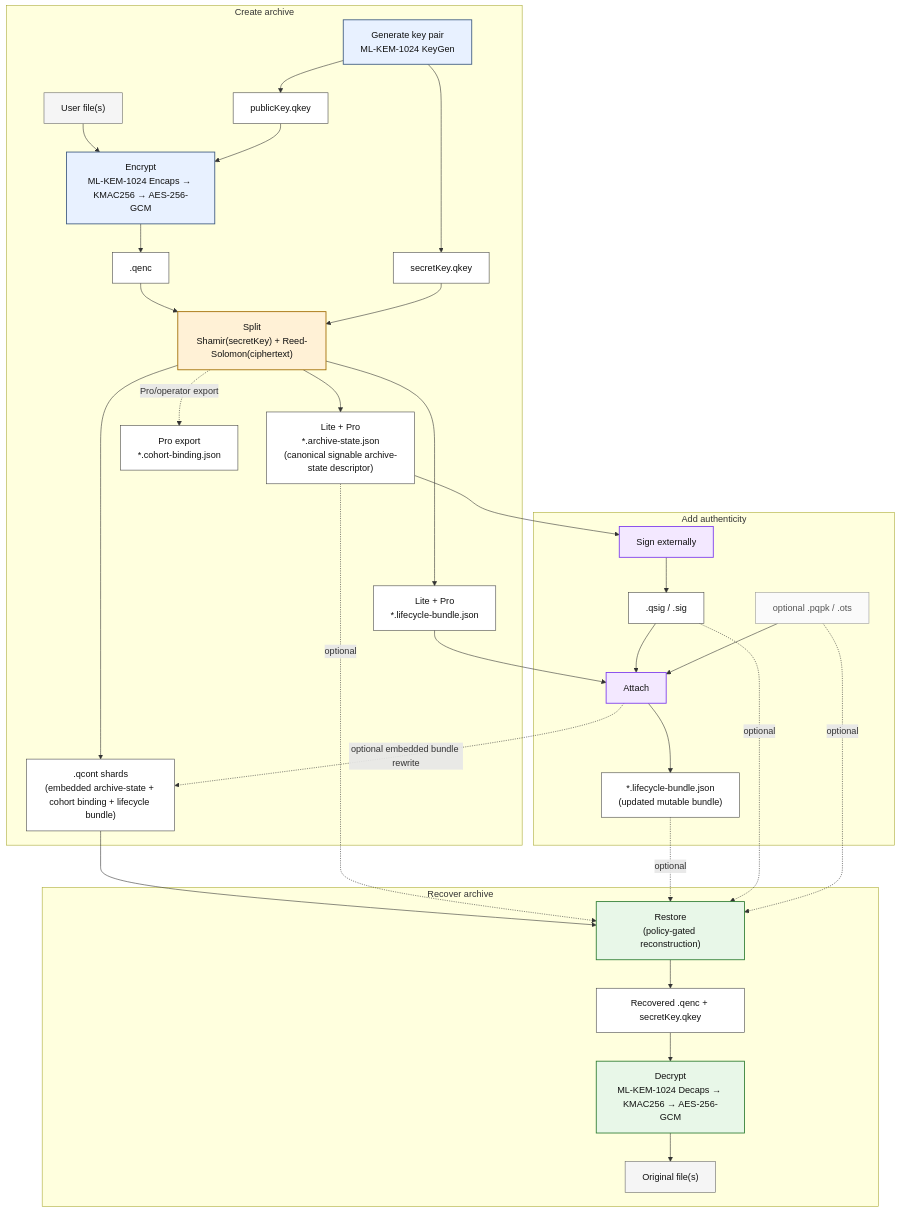
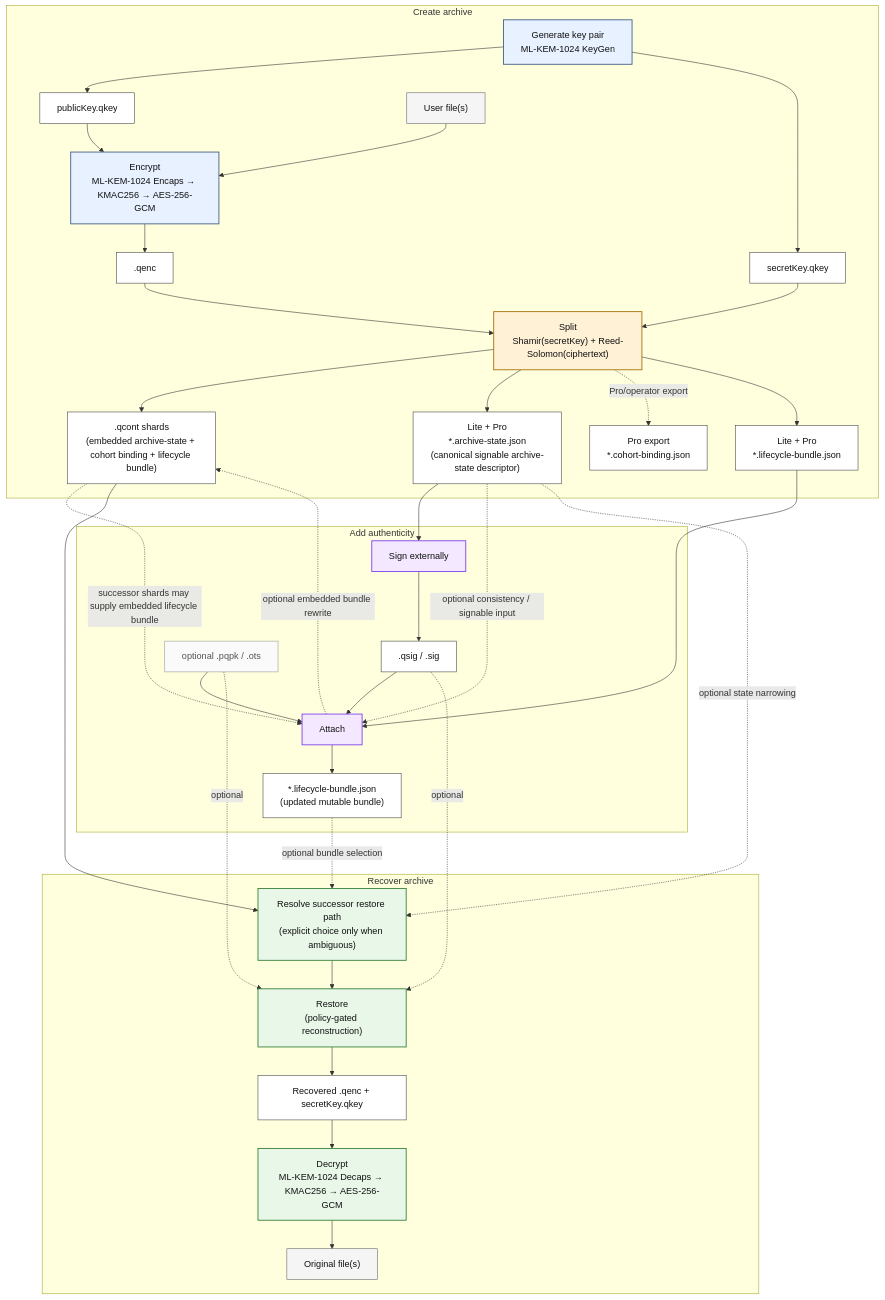
One commit to CyberKiska/quantum-vault changed the diagram in README.md. Above: the diagram before and after it, drawn with Mermaid. The commit also changed other lines of this file and 12 other files, not shown here.

First line of the commit message:
Refactor documentation to emphasize successor lifecycle model

````diff
--- a/README.md
+++ b/README.md
@@ -70,68 +80,72 @@
 ```mermaid
 flowchart TB
     subgraph CREATE["Create archive"]
         G["Generate key pair<br/>ML-KEM-1024 KeyGen"]:::crypto
         PK["publicKey.qkey"]:::artifact
         SK["secretKey.qkey"]:::artifact
         U["User file(s)"]:::input
         E["Encrypt<br/>ML-KEM-1024 Encaps → KMAC256 → AES-256-GCM"]:::crypto
         Q[".qenc"]:::artifact
         S["Split<br/>Shamir(secretKey) + Reed-Solomon(ciphertext)"]:::split
         QC[".qcont shards<br/>(embedded archive-state + cohort binding + lifecycle bundle)"]:::artifact
         AS["Lite + Pro<br/>*.archive-state.json<br/>(canonical signable archive-state descriptor)"]:::artifact
         CB["Pro export<br/>*.cohort-binding.json"]:::artifact
         LB["Lite + Pro<br/>*.lifecycle-bundle.json"]:::artifact
 
         G --> PK
         G --> SK
         U --> E
         PK --> E
         E --> Q
         Q --> S
         SK --> S
         S --> QC
         S --> AS
         S -. Pro/operator export .-> CB
         S --> LB
     end
 
     subgraph AUTH["Add authenticity"]
         SG["Sign externally"]:::auth
         SIG[".qsig / .sig"]:::artifact
         OPT["optional .pqpk / .ots"]:::optional
         AT["Attach"]:::auth
         EM["*.lifecycle-bundle.json<br/>(updated mutable bundle)"]:::artifact
 
         AS --> SG
         SG --> SIG
+        QC -. successor shards may supply embedded lifecycle bundle .-> AT
         LB --> AT
+        AS -. optional consistency / signable input .-> AT
         SIG --> AT
         OPT --> AT
         AT --> EM
         AT -. optional embedded bundle rewrite .-> QC
     end
 
     subgraph RECOVER["Recover archive"]
+        SEL["Resolve successor restore path<br/>(explicit choice only when ambiguous)"]:::restore
         R["Restore<br/>(policy-gated reconstruction)"]:::restore
         OUT["Recovered .qenc + secretKey.qkey"]:::artifact
         D["Decrypt<br/>ML-KEM-1024 Decaps → KMAC256 → AES-256-GCM"]:::restore
         F["Original file(s)"]:::input
 
-        QC --> R
-        AS -. optional .-> R
-        EM -. optional .-> R
+        QC --> SEL
+        AS -. optional state narrowing .-> SEL
+        EM -. optional bundle selection .-> SEL
+        SEL --> R
         SIG -. optional .-> R
         OPT -. optional .-> R
         R --> OUT
         OUT --> D
         D --> F
     end
 
     classDef input fill:#f5f5f5,stroke:#666,stroke-width:1px,color:#111;
     classDef crypto fill:#e8f1ff,stroke:#3d5a80,stroke-width:1.5px,color:#111;
     classDef split fill:#fff1d6,stroke:#a06b00,stroke-width:1.5px,color:#111;
     classDef auth fill:#f3e8ff,stroke:#7c3aed,stroke-width:1.5px,color:#111;
     classDef restore fill:#e8f7e8,stroke:#2e7d32,stroke-width:1.5px,color:#111;
     classDef artifact fill:#ffffff,stroke:#444,stroke-width:1px,color:#111;
     classDef optional fill:#fafafa,stroke:#999,stroke-width:1px,color:#555;
 ```
````
